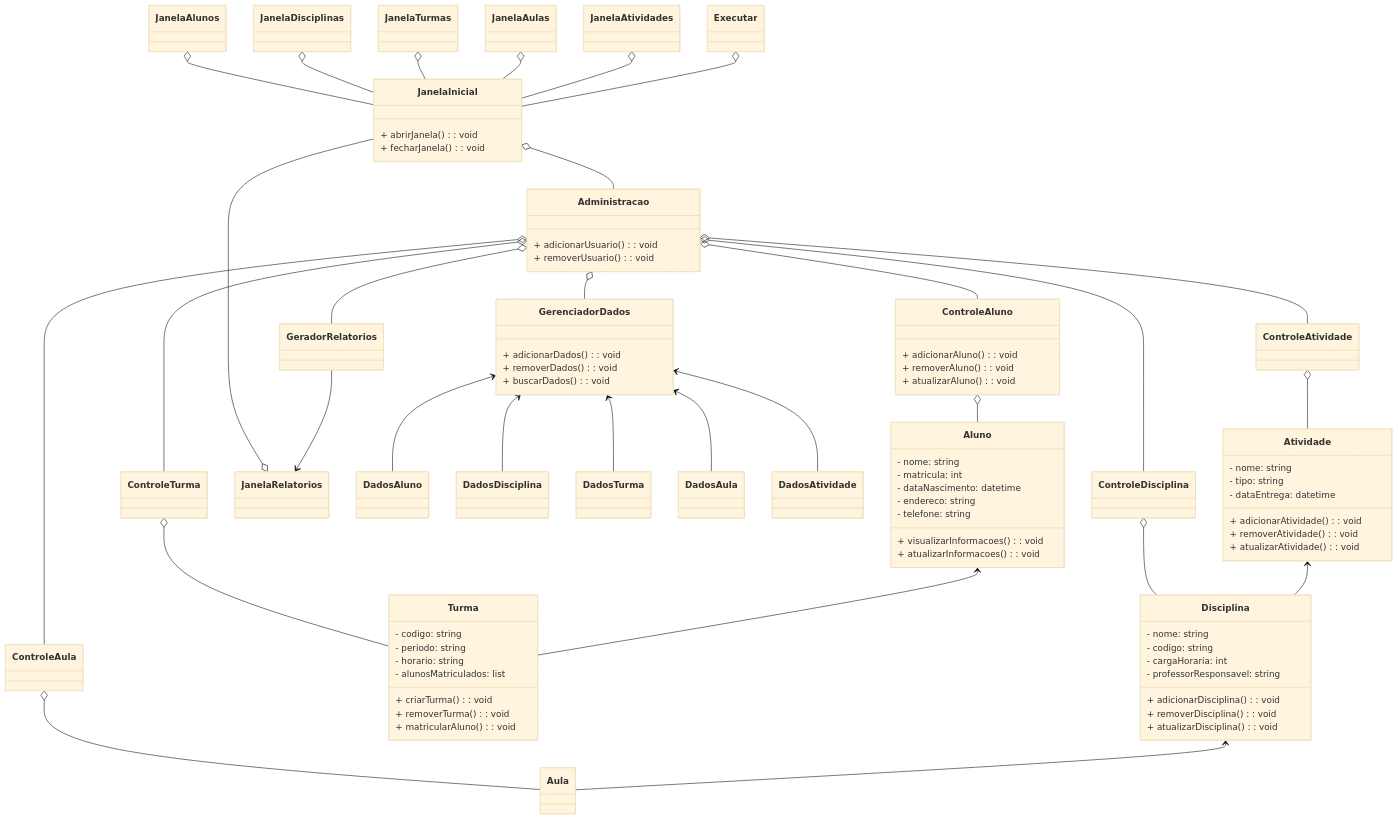
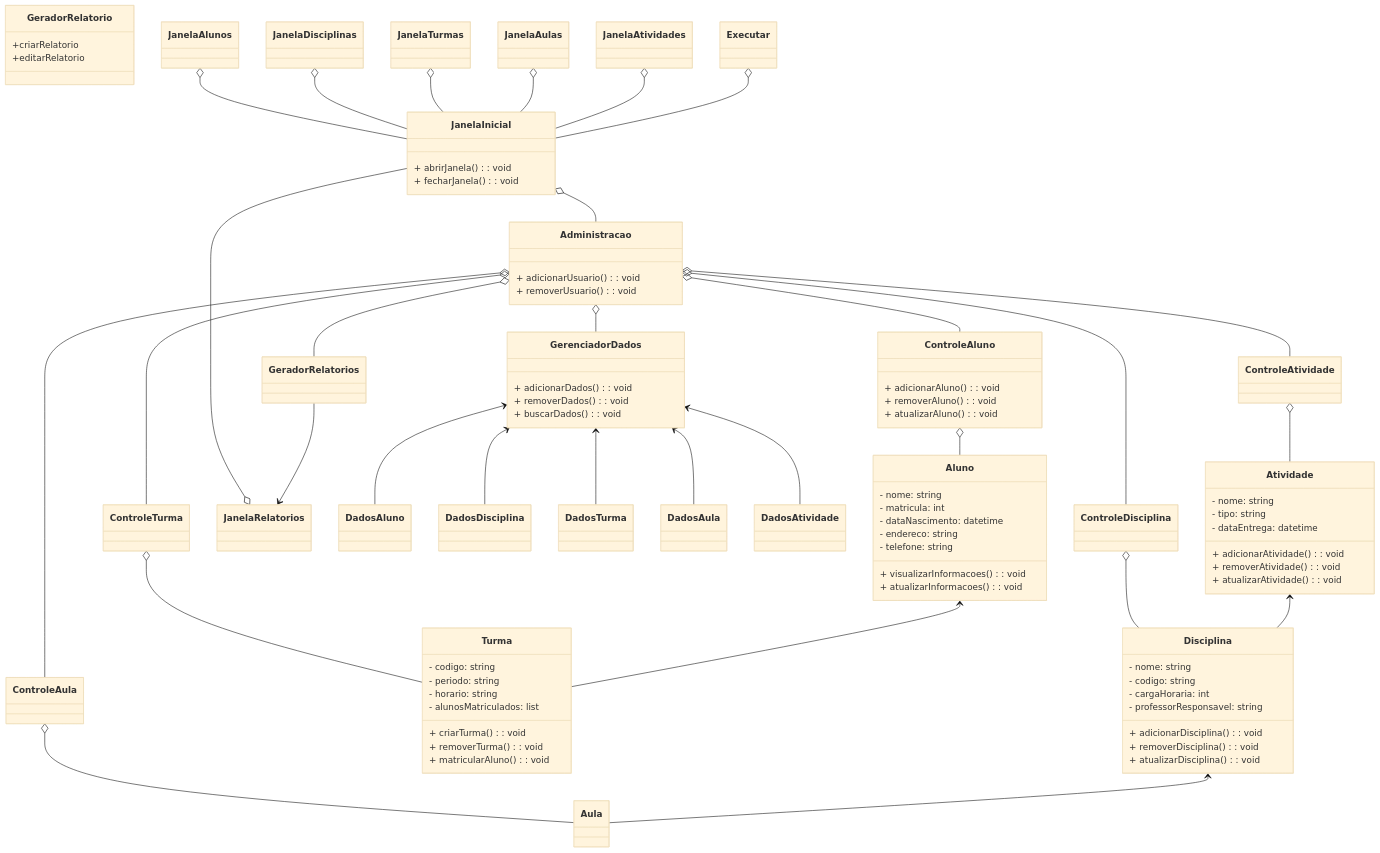
The diagram in EngSoft.md (mamaclara99/diagramaclasses), drawn with Mermaid (base theme) before and after one commit.

```diff
--- a/EngSoft.md
+++ b/EngSoft.md
@@ -61,7 +61,10 @@
         + removerTurma(): void
         + matricularAluno(): void
     }
-    
+    class GeradorRelatorio {
+        +criarRelatorio
+        +editarRelatorio
+    }
     JanelaInicial o-- Administracao
     JanelaAlunos o-- JanelaInicial
     JanelaDisciplinas o-- JanelaInicial
```
